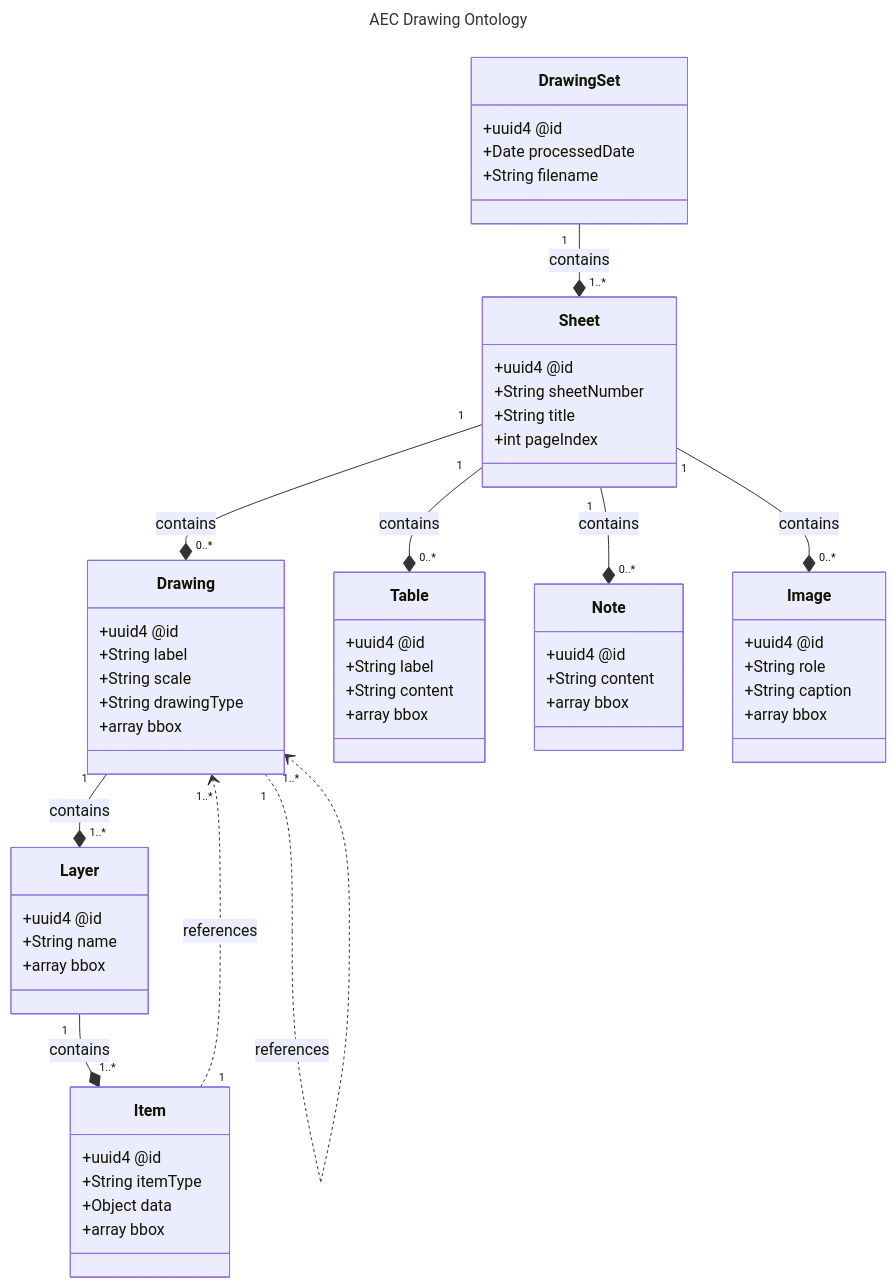
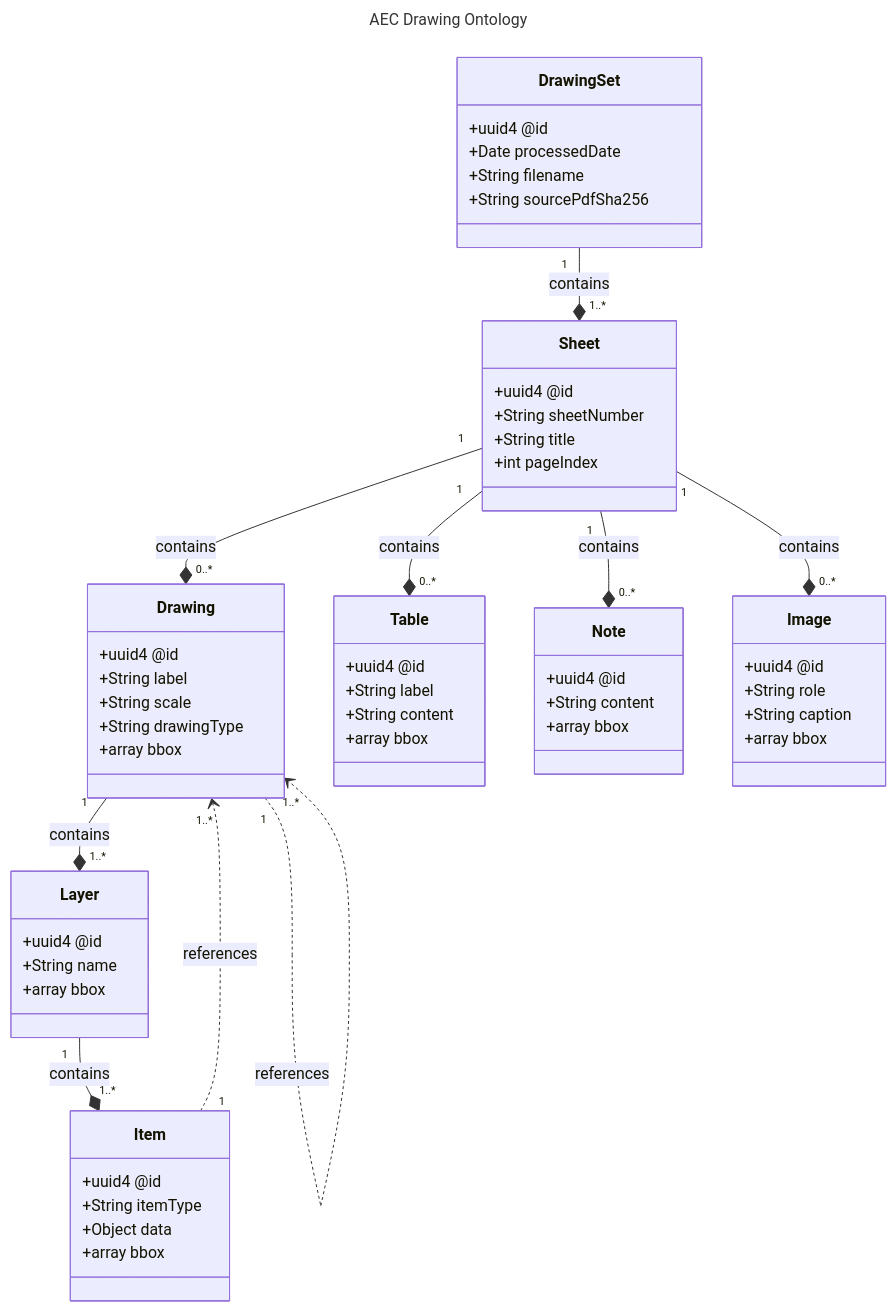
Before and after one commit to jeff-carmichael/aecdo: the diagram in docs/data-model.md, drawn with Mermaid. The commit also changed other lines of this file and 27 other files, not shown here.

First line of the commit message:
Record the source PDF's hash and warn when a PDF doesn't match

````diff
--- a/docs/data-model.md
+++ b/docs/data-model.md
@@ -14,66 +14,67 @@
 ```mermaid
 ---
 title: AEC Drawing Ontology
 ---
 
 classDiagram
     class DrawingSet {
 		    +uuid4 @id
 		    +Date processedDate
 		    +String filename
+		    +String sourcePdfSha256
     }
     class Sheet {
 		    +uuid4 @id
 		    +String sheetNumber
 		    +String title
 		    +int pageIndex
     }
     class Drawing {
 		    +uuid4 @id
 		    +String label
 		    +String scale
 		    +String drawingType
 		    +array bbox
     }
     class Layer {
 		    +uuid4 @id
 		    +String name
 		    +array bbox
     }
     class Item {
 		    +uuid4 @id
 		    +String itemType
 		    +Object data
 		    +array bbox
     }
     class Table {
 		    +uuid4 @id
 		    +String label
 		    +String content
 		    +array bbox
     }
     class Note {
 		    +uuid4 @id
 		    +String content
 		    +array bbox
     }
     class Image {
 		    +uuid4 @id
 		    +String role
 		    +String caption
 		    +array bbox
     }
 
 		%% Structure Relationships
     DrawingSet "1" --* "1..*" Sheet : contains
     Sheet "1" --* "0..*" Drawing : contains
     Sheet "1" --* "0..*" Table : contains
     Sheet "1" --* "0..*" Note : contains
     Sheet "1" --* "0..*" Image : contains
     Drawing "1" --* "1..*" Layer : contains
     Layer "1" --* "1..*" Item : contains
 
     %% The Reference Relationships
     Drawing "1" ..> "1..*" Drawing : references
     Item "1" ..> "1..*" Drawing : references
 ```
````
